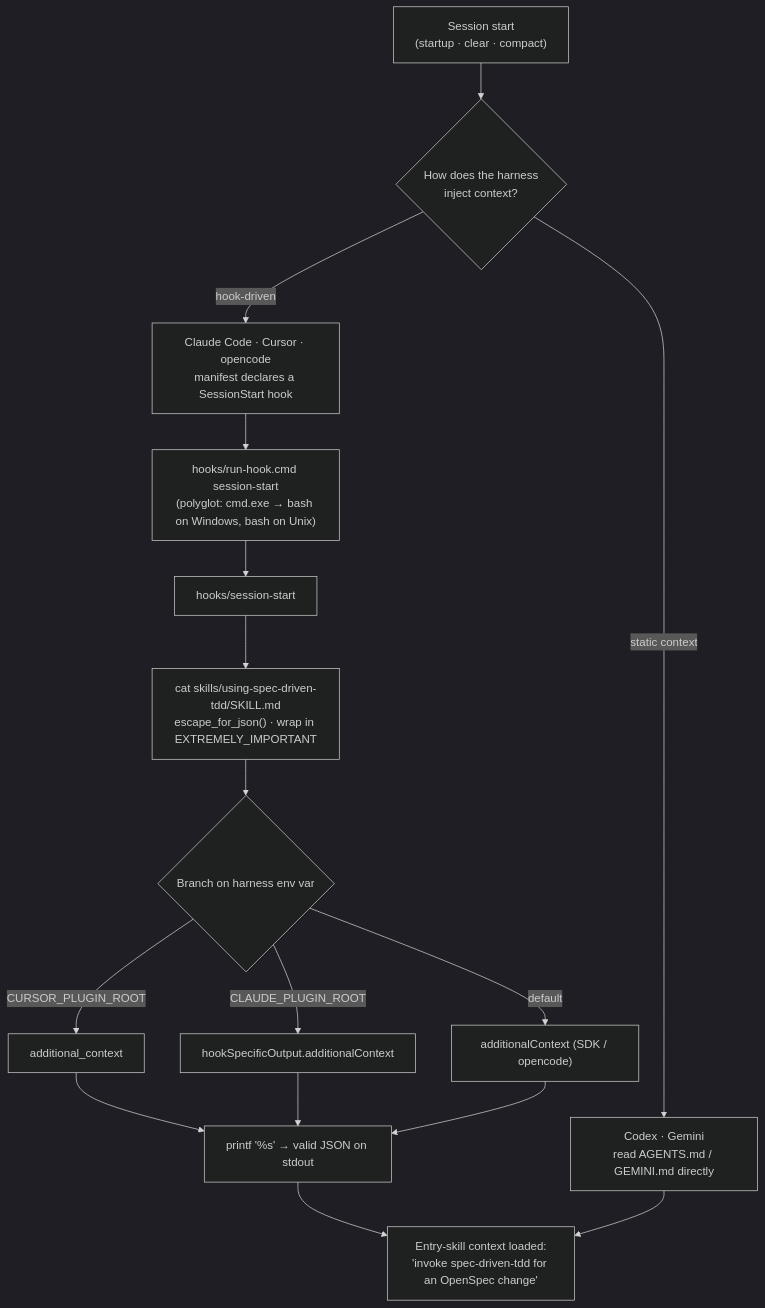
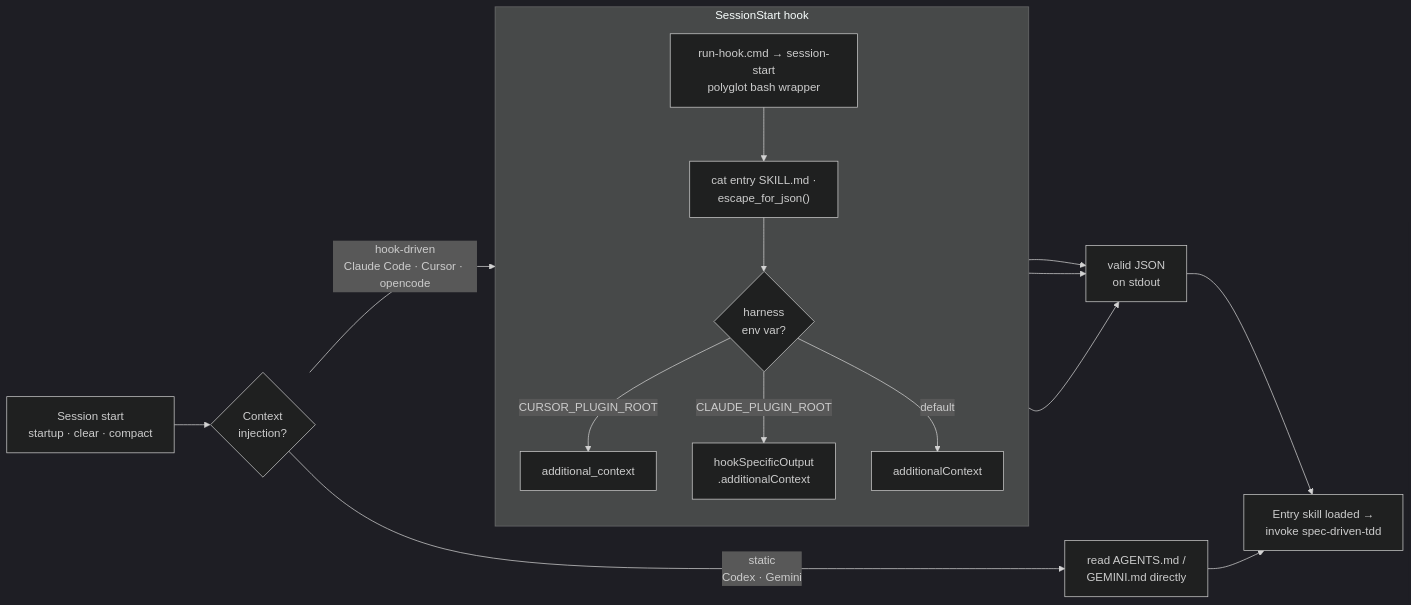
One commit to strelov1/spec-driven-tdd changed the first of 2 diagrams in README.md. Above: the diagram before and after it, drawn with Mermaid (dark theme). The commit also changed other lines of this file and 5 other files, not shown here.

````diff
--- a/README.md
+++ b/README.md
@@ -34,18 +41,19 @@
 ```mermaid
-flowchart TD
-    A["Session start<br/>(startup · clear · compact)"] --> B{"How does the harness<br/>inject context?"}
-    B -->|hook-driven| H1["Claude Code · Cursor · opencode<br/>manifest declares a SessionStart hook"]
-    B -->|static context| S1["Codex · Gemini<br/>read AGENTS.md / GEMINI.md directly"]
-    H1 --> D["hooks/run-hook.cmd session-start<br/>(polyglot: cmd.exe → bash on Windows, bash on Unix)"]
-    D --> E["hooks/session-start"]
-    E --> F["cat skills/using-spec-driven-tdd/SKILL.md<br/>escape_for_json() · wrap in EXTREMELY_IMPORTANT"]
-    F --> H{"Branch on harness env var"}
-    H -->|CURSOR_PLUGIN_ROOT| I1["additional_context"]
-    H -->|CLAUDE_PLUGIN_ROOT| I2["hookSpecificOutput.additionalContext"]
-    H -->|default| I3["additionalContext (SDK / opencode)"]
-    I1 --> J["printf '%s' → valid JSON on stdout"]
-    I2 --> J
-    I3 --> J
-    J --> K["Entry-skill context loaded:<br/>'invoke spec-driven-tdd for an OpenSpec change'"]
+flowchart LR
+    A["Session start<br/>startup · clear · compact"] --> B{"Context<br/>injection?"}
+    B -->|"hook-driven<br/>Claude Code · Cursor · opencode"| D
+    B -->|"static<br/>Codex · Gemini"| S1["read AGENTS.md /<br/>GEMINI.md directly"]
+
+    subgraph HOOK ["SessionStart hook"]
+        direction TB
+        D["run-hook.cmd → session-start<br/>polyglot bash wrapper"] --> F["cat entry SKILL.md ·<br/>escape_for_json()"]
+        F --> H{"harness<br/>env var?"}
+        H -->|CURSOR_PLUGIN_ROOT| I1["additional_context"]
+        H -->|CLAUDE_PLUGIN_ROOT| I2["hookSpecificOutput<br/>.additionalContext"]
+        H -->|default| I3["additionalContext"]
+    end
+
+    I1 & I2 & I3 --> J["valid JSON<br/>on stdout"]
+    J --> K["Entry skill loaded →<br/>invoke spec-driven-tdd"]
     S1 --> K
 ```
````
